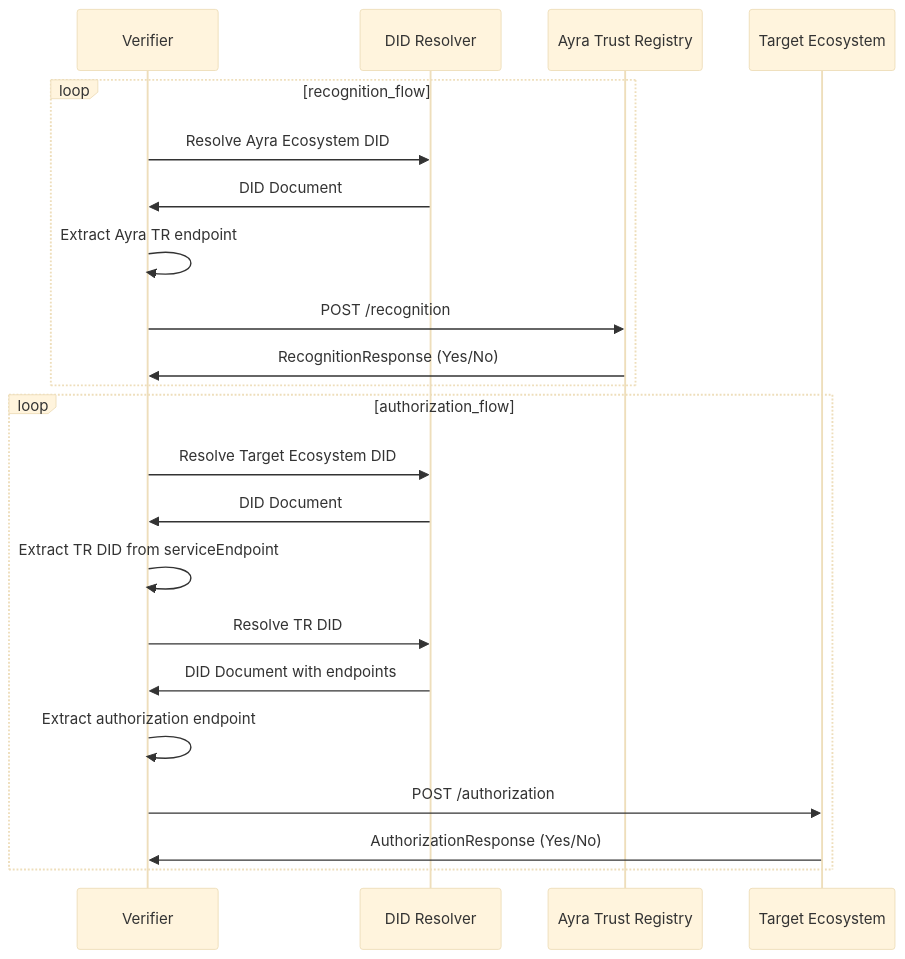
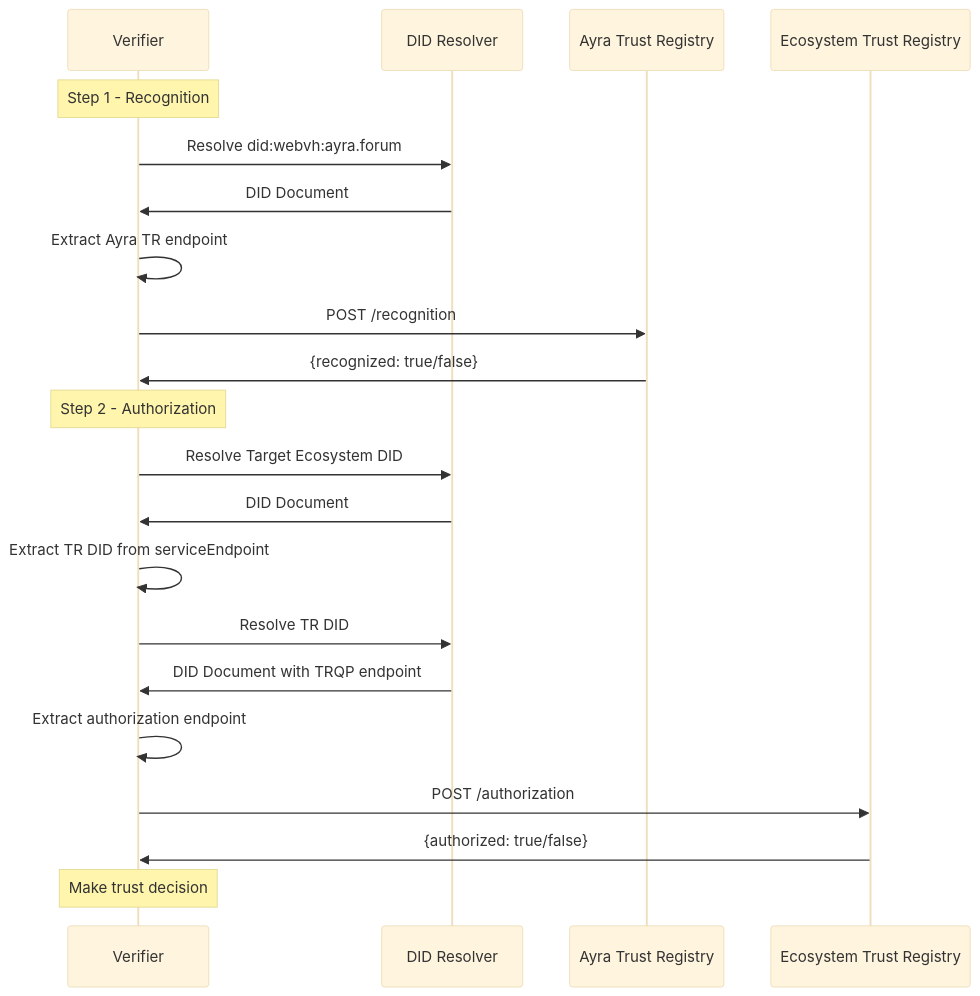
Before and after one commit to ayraforum/ayra-trust-registry-resources: the third of 3 diagrams in guides/implementers_guide.md, drawn with Mermaid (base theme). The commit also changed other lines of this file, not shown here.

````diff
--- a/guides/implementers_guide.md
+++ b/guides/implementers_guide.md
@@ -216,31 +280,29 @@
 ```mermaid
 sequenceDiagram
    participant Verifier
    participant DIDRes as DID Resolver
-   participant AyraEco as Ayra Trust Registry
-   participant TargetEco as Target Ecosystem
-   
-   %% Recognition Flow
-   loop recognition_flow
-   Verifier->>DIDRes: Resolve Ayra Ecosystem DID
+   participant AyraTR as Ayra Trust Registry
+   participant EcoTR as Ecosystem Trust Registry
+
+   Note over Verifier: Step 1 - Recognition
+   Verifier->>DIDRes: Resolve did:webvh:ayra.forum
    DIDRes->>Verifier: DID Document
    Verifier->>Verifier: Extract Ayra TR endpoint
-   
-   Verifier->>AyraEco: POST /recognition
-   AyraEco->>Verifier: RecognitionResponse (Yes/No)
-   end
-   
-   %% Authorization Flow
-   loop authorization_flow
+
+   Verifier->>AyraTR: POST /recognition
+   AyraTR->>Verifier: {recognized: true/false}
+
+   Note over Verifier: Step 2 - Authorization
    Verifier->>DIDRes: Resolve Target Ecosystem DID
    DIDRes->>Verifier: DID Document
    Verifier->>Verifier: Extract TR DID from serviceEndpoint
-   
+
    Verifier->>DIDRes: Resolve TR DID
-   DIDRes->>Verifier: DID Document with endpoints
+   DIDRes->>Verifier: DID Document with TRQP endpoint
    Verifier->>Verifier: Extract authorization endpoint
-   
-   Verifier->>TargetEco: POST /authorization
-   TargetEco->>Verifier: AuthorizationResponse (Yes/No)
-   end
+
+   Verifier->>EcoTR: POST /authorization
+   EcoTR->>Verifier: {authorized: true/false}
+
+   Note over Verifier: Make trust decision
 ```
````
